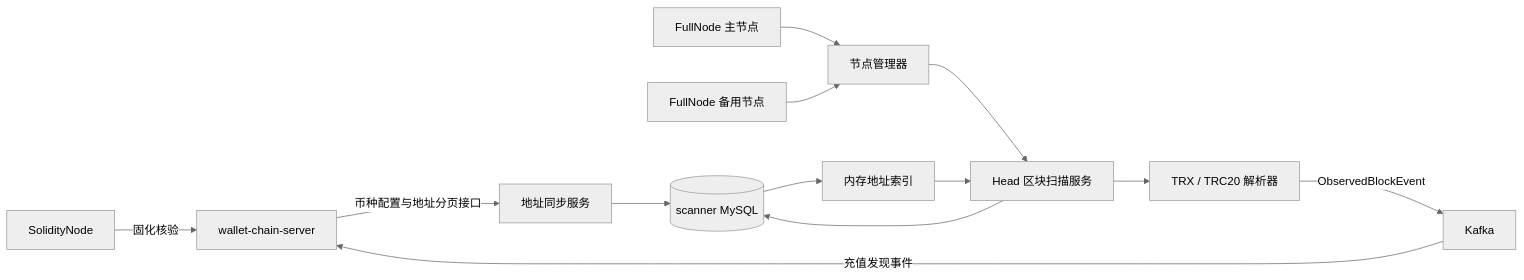
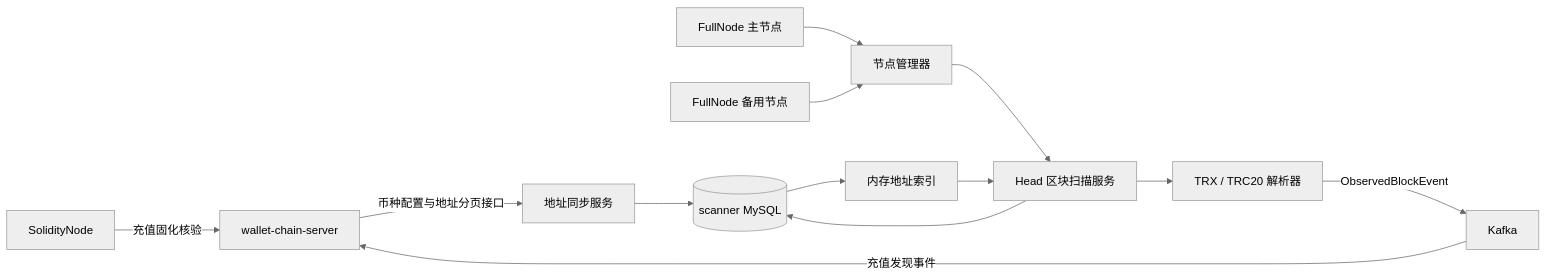
The diagram in docs/TRON扫描器详细设计.md (Jerry-bot2/wallet-tron-scanner), drawn with Mermaid (neutral theme) before and after one commit. The commit also changed other lines of this file and 33 other files, not shown here.

````diff
--- a/docs/TRON扫描器详细设计.md
+++ b/docs/TRON扫描器详细设计.md
@@ -54,16 +54,16 @@
 ```mermaid
 flowchart LR
     CS[wallet-chain-server] -->|币种配置与地址分页接口| SYNC[地址同步服务]
     SYNC --> SDB[(scanner MySQL)]
     SDB --> SNAPSHOT[内存地址索引]
 
     NODE1[FullNode 主节点] --> NP[节点管理器]
     NODE2[FullNode 备用节点] --> NP
-    SOLID[SolidityNode] -->|固化核验| CS
+    SOLID[SolidityNode] -->|充值固化核验| CS
     NP --> SCAN[Head 区块扫描服务]
     SNAPSHOT --> SCAN
     SCAN --> PARSER[TRX / TRC20 解析器]
     PARSER -->|ObservedBlockEvent| KAFKA[Kafka]
     KAFKA -->|充值发现事件| CS
     SCAN --> SDB
 ```
````
